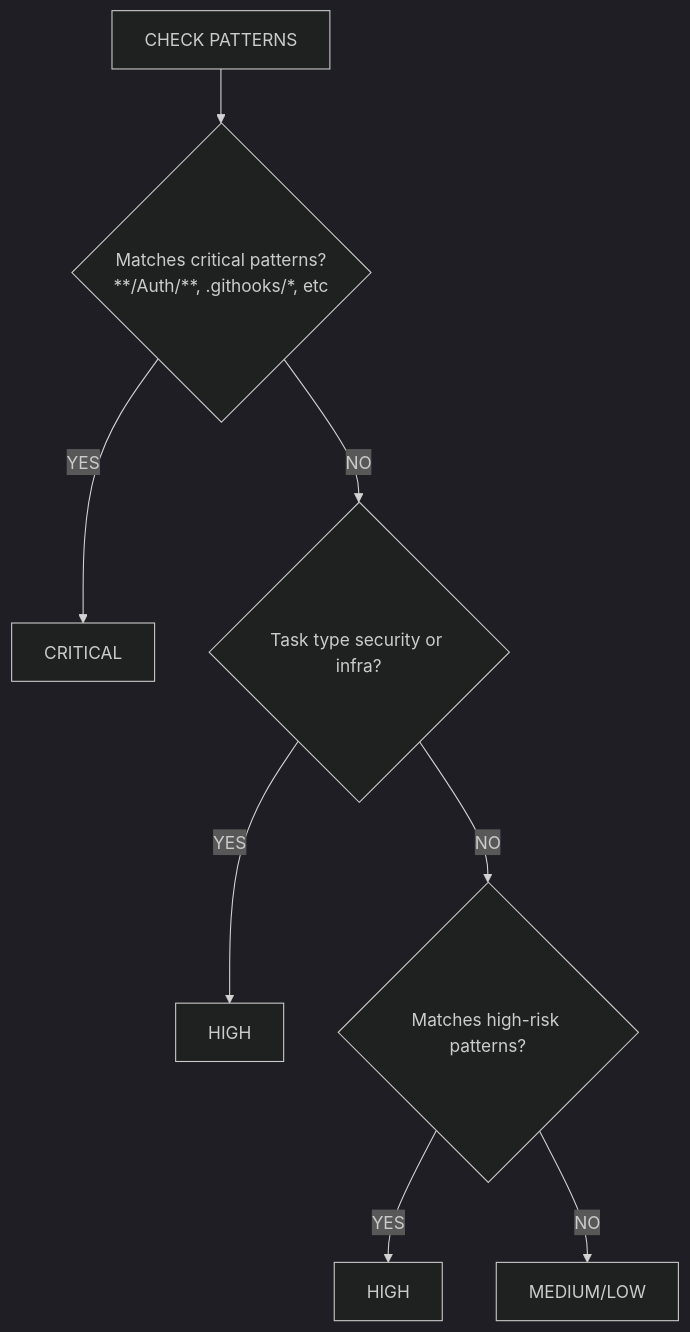
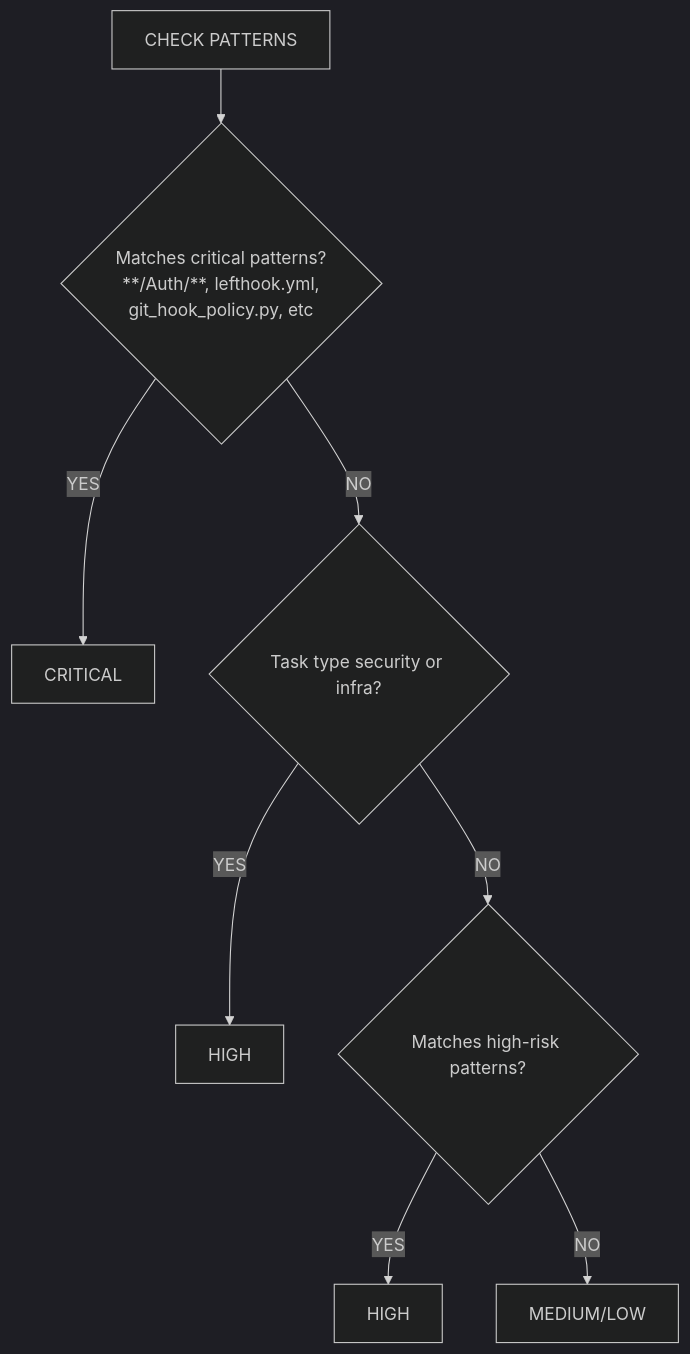
Before and after one commit to rjmurillo/ai-agents: the fourth of 8 diagrams in docs/diagrams/routing-flowchart.md, drawn with Mermaid (dark theme). The commit also changed other lines of this file and 238 other files, not shown here.

````diff
--- a/docs/diagrams/routing-flowchart.md
+++ b/docs/diagrams/routing-flowchart.md
@@ -101,14 +101,14 @@
 ```mermaid
 flowchart TB
     CHECK[CHECK PATTERNS]
-    CHECK --> CRITICAL_CHECK{Matches critical patterns?<br/>**/Auth/**, .githooks/*, etc}
+    CHECK --> CRITICAL_CHECK{Matches critical patterns?<br/>**/Auth/**, lefthook.yml,<br/>git_hook_policy.py, etc}
 
     CRITICAL_CHECK -->|YES| CRITICAL[CRITICAL]
     CRITICAL_CHECK -->|NO| TYPE_CHECK{Task type security or infra?}
 
     TYPE_CHECK -->|YES| HIGH1[HIGH]
     TYPE_CHECK -->|NO| HIGH_RISK_CHECK{Matches high-risk patterns?}
 
     HIGH_RISK_CHECK -->|YES| HIGH2[HIGH]
     HIGH_RISK_CHECK -->|NO| MEDIUM_LOW[MEDIUM/LOW]
 ```
````
